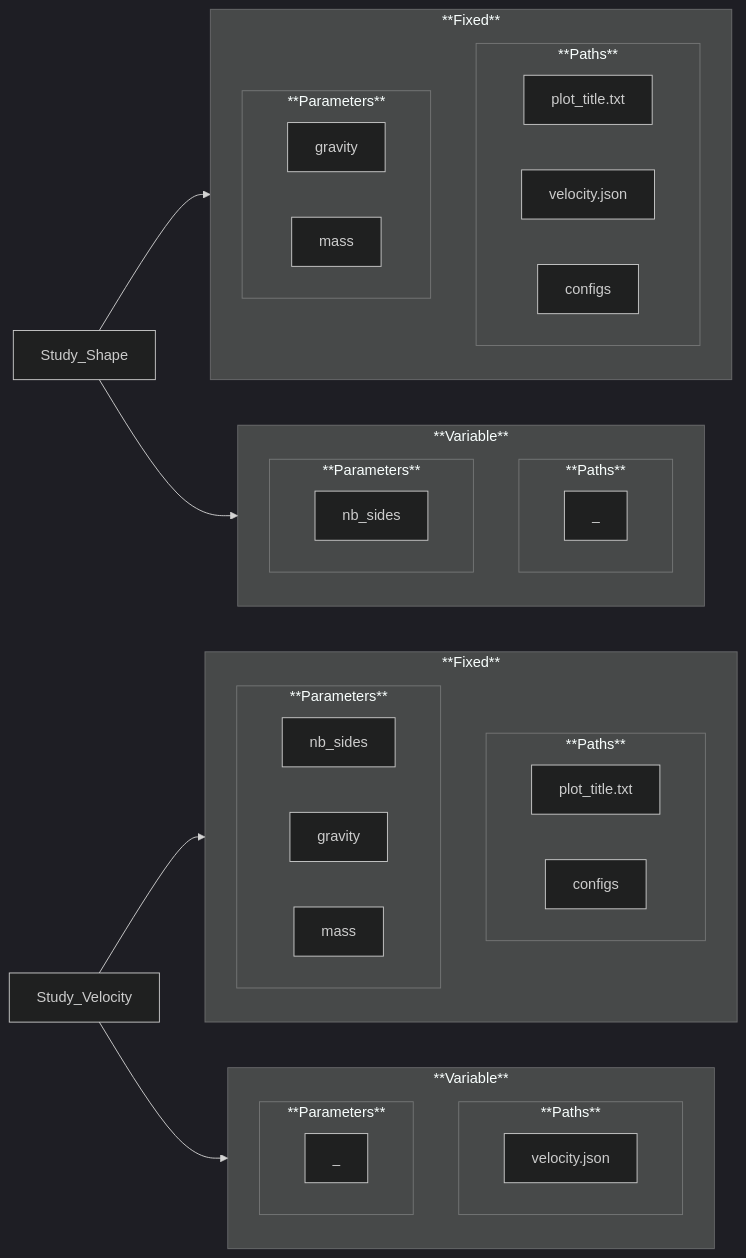
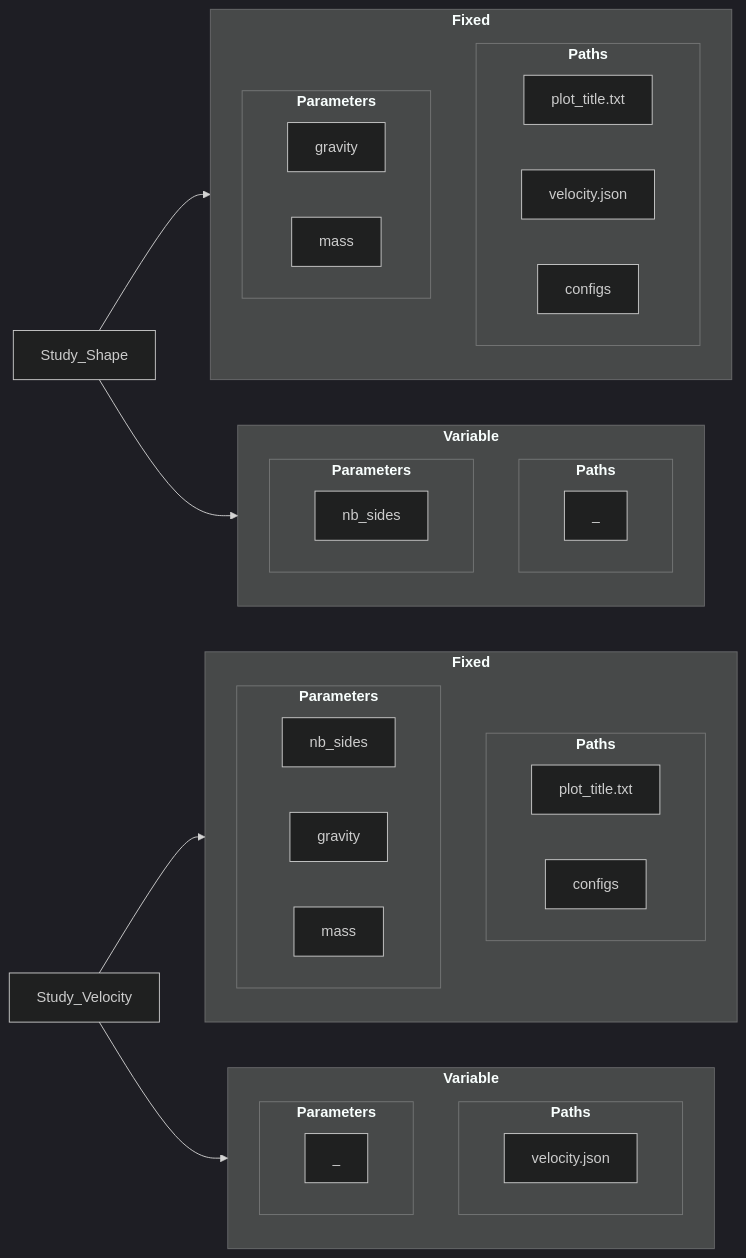
Before and after one commit to nuremics/nuremics-docs: the third of 5 diagrams in docs/handbook/usability.md, drawn with Mermaid (dark theme). The commit also changed 5 other files, not shown here.

Commit message:
fix mermaid display issues

````diff
--- a/docs/handbook/usability.md
+++ b/docs/handbook/usability.md
@@ -37,71 +37,71 @@
 ```mermaid
 flowchart LR
 
-  subgraph Fixed1["**Fixed**"]
+  subgraph Fixed1["<b>Fixed<b>"]
     direction TB
 
-    subgraph Paths_Fixed1["**Paths**"]
+    subgraph Paths_Fixed1["<b>Paths<b>"]
       direction LR
       path1_1["plot_title.txt"]
       path2_1["velocity.json"]
       path3_1["configs"]
     end
 
-    subgraph Parameter_Fixed1["**Parameters**"]
+    subgraph Parameter_Fixed1["<b>Parameters<b>"]
       direction LR
       param2_1["gravity"]
       param3_1["mass"]
     end
   end
 
-  subgraph Variable1["**Variable**"]
+  subgraph Variable1["<b>Variable<b>"]
     direction TB
 
-    subgraph Paths_Variable1["**Paths**"]
+    subgraph Paths_Variable1["<b>Paths<b>"]
       direction LR
       no_path["_"]
     end
 
-    subgraph Parameter_Variable1["**Parameters**"]
+    subgraph Parameter_Variable1["<b>Parameters<b>"]
       direction LR
       param1_1["nb_sides"]
     end
   end
 
   Study_Shape --> Fixed1
   Study_Shape --> Variable1
 
-  subgraph Fixed2["**Fixed**"]
+  subgraph Fixed2["<b>Fixed<b>"]
     direction TB
 
-    subgraph Paths_Fixed2["**Paths**"]
+    subgraph Paths_Fixed2["<b>Paths<b>"]
       direction LR
       path1_2["plot_title.txt"]
       path3_2["configs"]
     end
 
-    subgraph Parameter_Fixed2["**Parameters**"]
+    subgraph Parameter_Fixed2["<b>Parameters<b>"]
       direction LR
       param1_2["nb_sides"]
       param2_2["gravity"]
       param3_2["mass"]
     end
   end
 
-  subgraph Variable2["**Variable**"]
+  subgraph Variable2["<b>Variable<b>"]
     direction TB
 
-    subgraph Paths_Variable2["**Paths**"]
+    subgraph Paths_Variable2["<b>Paths<b>"]
       direction LR
       path2_2["velocity.json"]
     end
 
-    subgraph Parameter_Variable2["**Parameters**"]
+    subgraph Parameter_Variable2["<b>Parameters<b>"]
       direction LR
       no_param["_"]
     end
   end
 
   Study_Velocity --> Fixed2
   Study_Velocity --> Variable2
 ```
````
